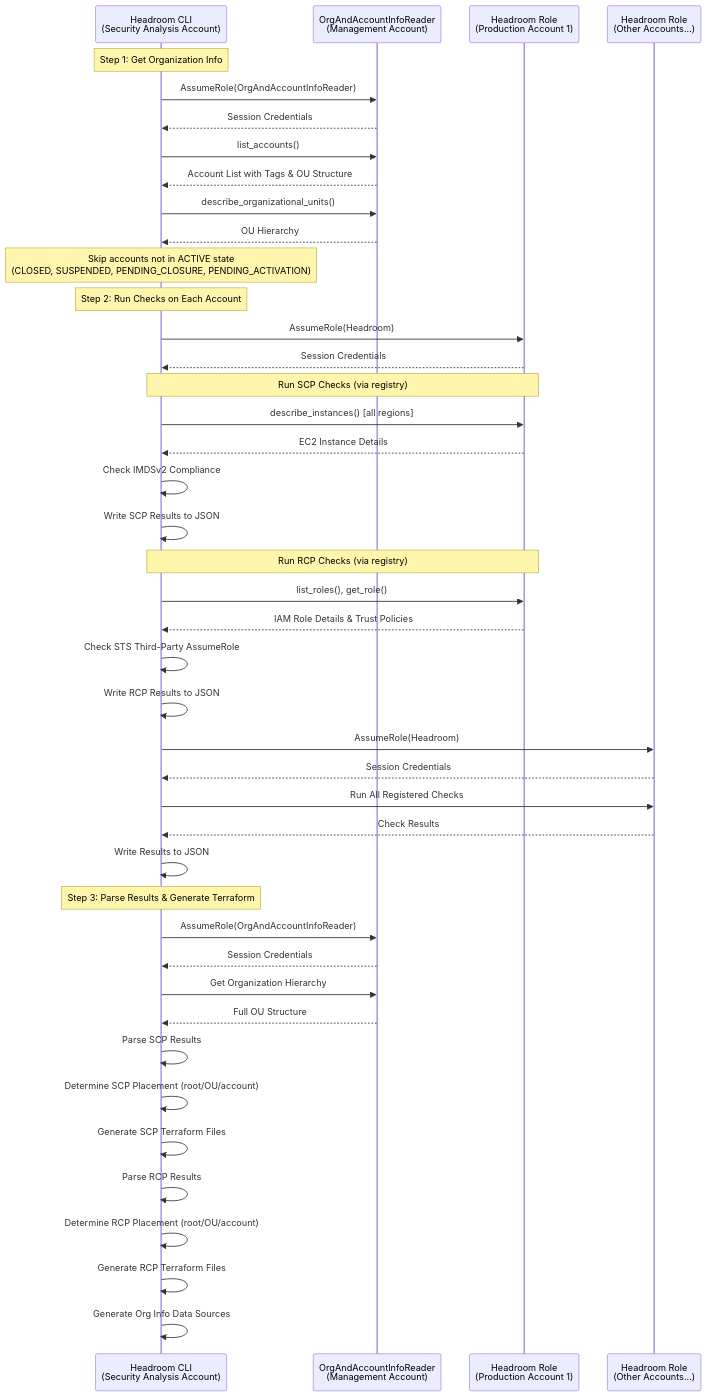
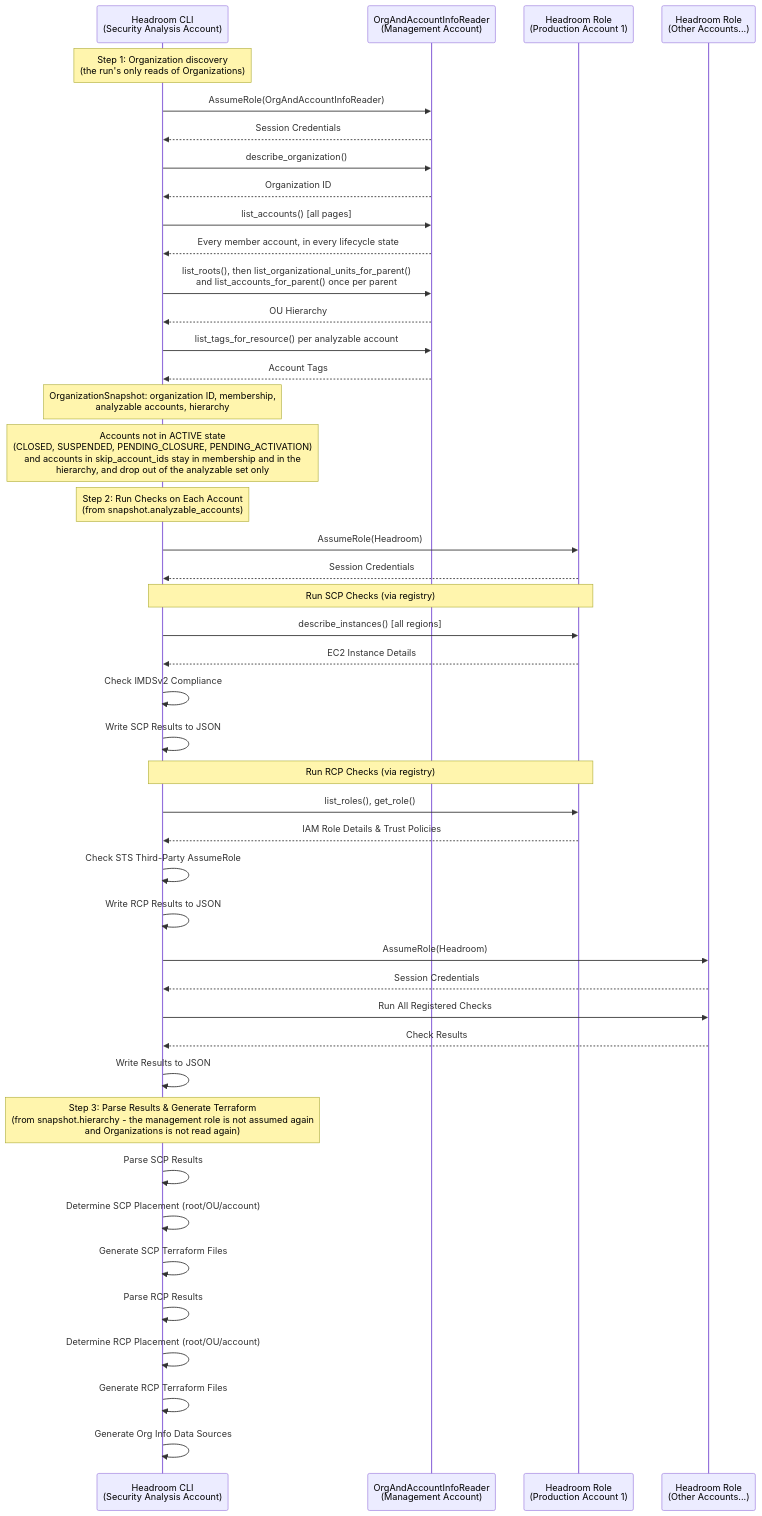
The diagram in documentation/mermaid_diagrams/execution_flow.md (discocrayon/Headroom), drawn with Mermaid before and after one commit. The commit also changed 9 other files, not shown here.

First line of the commit message:
Describe organization discovery as the one pass it now is

````diff
--- a/documentation/mermaid_diagrams/execution_flow.md
+++ b/documentation/mermaid_diagrams/execution_flow.md
@@ -5,54 +5,55 @@
 ```mermaid
 sequenceDiagram
     participant Tool as Headroom CLI<br/>(Security Analysis Account)
     participant Mgmt as OrgAndAccountInfoReader<br/>(Management Account)
     participant Prod1 as Headroom Role<br/>(Production Account 1)
     participant ProdN as Headroom Role<br/>(Other Accounts...)
 
-    Note over Tool: Step 1: Get Organization Info
+    Note over Tool: Step 1: Organization discovery<br/>(the run's only reads of Organizations)
     Tool->>Mgmt: AssumeRole(OrgAndAccountInfoReader)
     Mgmt-->>Tool: Session Credentials
-    Tool->>Mgmt: list_accounts()
-    Mgmt-->>Tool: Account List with Tags & OU Structure
-    Tool->>Mgmt: describe_organizational_units()
+    Tool->>Mgmt: describe_organization()
+    Mgmt-->>Tool: Organization ID
+    Tool->>Mgmt: list_accounts() [all pages]
+    Mgmt-->>Tool: Every member account, in every lifecycle state
+    Tool->>Mgmt: list_roots(), then list_organizational_units_for_parent()<br/>and list_accounts_for_parent() once per parent
     Mgmt-->>Tool: OU Hierarchy
-    Note over Tool: Skip accounts not in ACTIVE state<br/>(CLOSED, SUSPENDED, PENDING_CLOSURE, PENDING_ACTIVATION)
+    Tool->>Mgmt: list_tags_for_resource() per analyzable account
+    Mgmt-->>Tool: Account Tags
+    Note over Tool: OrganizationSnapshot: organization ID, membership,<br/>analyzable accounts, hierarchy
+    Note over Tool: Accounts not in ACTIVE state<br/>(CLOSED, SUSPENDED, PENDING_CLOSURE, PENDING_ACTIVATION)<br/>and accounts in skip_account_ids stay in membership and in the<br/>hierarchy, and drop out of the analyzable set only
 
-    Note over Tool: Step 2: Run Checks on Each Account
+    Note over Tool: Step 2: Run Checks on Each Account<br/>(from snapshot.analyzable_accounts)
     Tool->>Prod1: AssumeRole(Headroom)
     Prod1-->>Tool: Session Credentials
 
     Note over Tool,Prod1: Run SCP Checks (via registry)
     Tool->>Prod1: describe_instances() [all regions]
     Prod1-->>Tool: EC2 Instance Details
     Tool->>Tool: Check IMDSv2 Compliance
     Tool->>Tool: Write SCP Results to JSON
 
     Note over Tool,Prod1: Run RCP Checks (via registry)
     Tool->>Prod1: list_roles(), get_role()
     Prod1-->>Tool: IAM Role Details & Trust Policies
     Tool->>Tool: Check STS Third-Party AssumeRole
     Tool->>Tool: Write RCP Results to JSON
 
     Tool->>ProdN: AssumeRole(Headroom)
     ProdN-->>Tool: Session Credentials
     Tool->>ProdN: Run All Registered Checks
     ProdN-->>Tool: Check Results
     Tool->>Tool: Write Results to JSON
 
-    Note over Tool: Step 3: Parse Results & Generate Terraform
-    Tool->>Mgmt: AssumeRole(OrgAndAccountInfoReader)
-    Mgmt-->>Tool: Session Credentials
-    Tool->>Mgmt: Get Organization Hierarchy
-    Mgmt-->>Tool: Full OU Structure
+    Note over Tool: Step 3: Parse Results & Generate Terraform<br/>(from snapshot.hierarchy - the management role is not assumed again<br/>and Organizations is not read again)
 
     Tool->>Tool: Parse SCP Results
     Tool->>Tool: Determine SCP Placement (root/OU/account)
     Tool->>Tool: Generate SCP Terraform Files
 
     Tool->>Tool: Parse RCP Results
     Tool->>Tool: Determine RCP Placement (root/OU/account)
     Tool->>Tool: Generate RCP Terraform Files
 
     Tool->>Tool: Generate Org Info Data Sources
 ```
````
